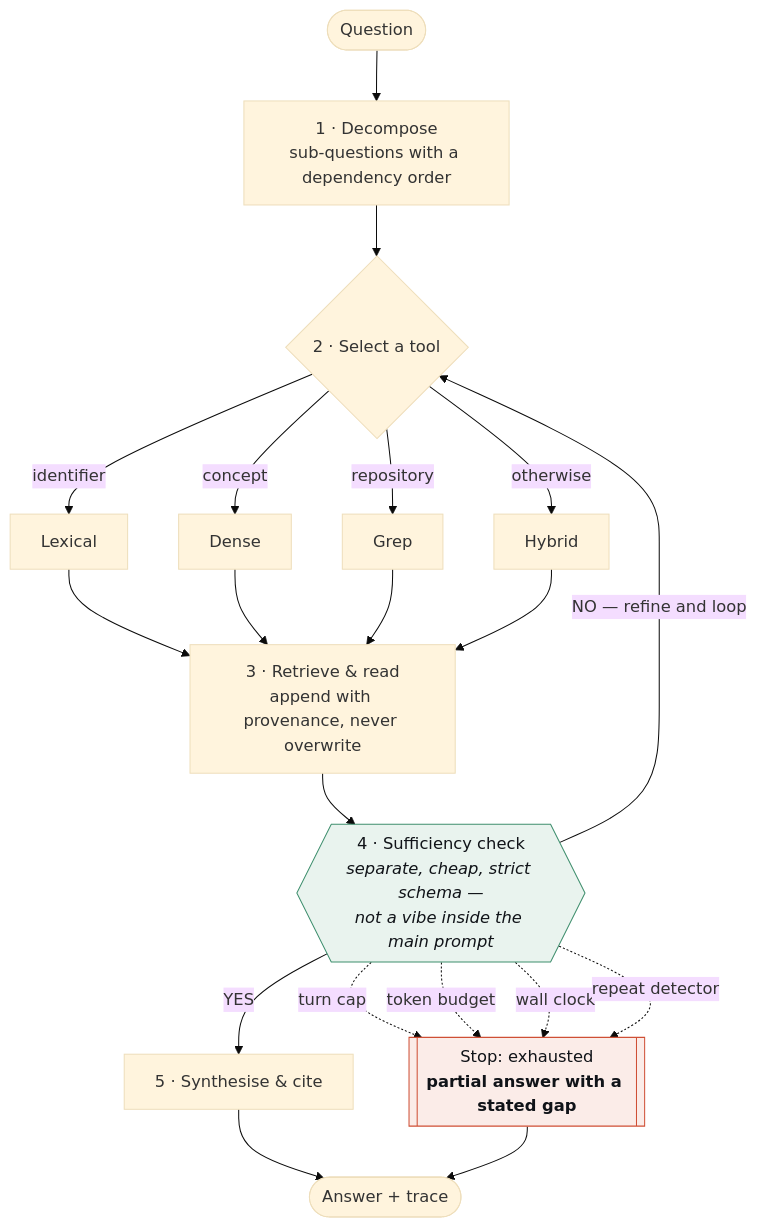
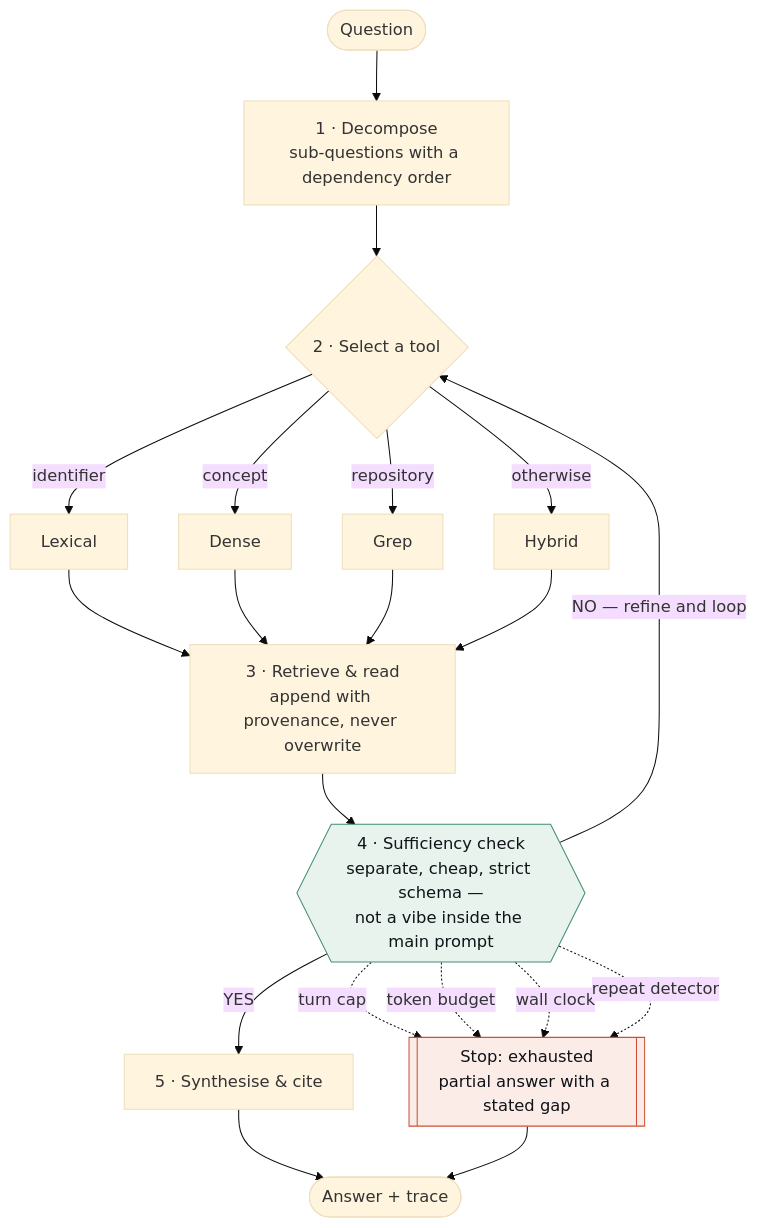
The seventh of 8 diagrams in README.md (fde-academy-lab/advanced-rag-lab), drawn with Mermaid (base theme) before and after one commit. The commit also changed other lines of this file and 8 other files, not shown here.

First line of the commit message:
fix(docs): make every Mermaid diagram render on GitHub, and stop it regressing

````diff
--- a/README.md
+++ b/README.md
@@ -358,25 +358,25 @@
 ```mermaid
 flowchart TD
     Q([Question]) --> D[1 · Decompose<br/>sub-questions with a dependency order]
     D --> T{2 · Select a tool}
     T -->|identifier| L[Lexical]
     T -->|concept| V[Dense]
     T -->|repository| GR[Grep]
     T -->|otherwise| HY[Hybrid]
-    L & V & GR & HY --> RD[3 · Retrieve &amp; read<br/>append with provenance, never overwrite]
-    RD --> SC{{"4 · Sufficiency check<br/><i>separate, cheap, strict schema —<br/>not a vibe inside the main prompt</i>"}}
+    L & V & GR & HY --> RD["3 · Retrieve &amp; read<br/>append with provenance, never overwrite"]
+    RD --> SC{{"4 · Sufficiency check<br/>separate, cheap, strict schema —<br/>not a vibe inside the main prompt"}}
     SC -->|"NO — refine and loop"| T
-    SC -->|YES| SY[5 · Synthesise &amp; cite]
+    SC -->|YES| SY["5 · Synthesise &amp; cite"]
     SY --> A([Answer + trace])
 
-    SC -.->|turn cap| X[["Stop: exhausted<br/><b>partial answer with a stated gap</b>"]]
+    SC -.->|turn cap| X[["Stop: exhausted<br/>partial answer with a stated gap"]]
     SC -.->|token budget| X
     SC -.->|wall clock| X
     SC -.->|repeat detector| X
     X --> A
 
     classDef fail fill:#FBECE8,stroke:#CF4F35,color:#101318
     classDef ok fill:#E9F3EE,stroke:#3F8F6E,color:#101318
     class X fail
     class SC ok
 ```
````
